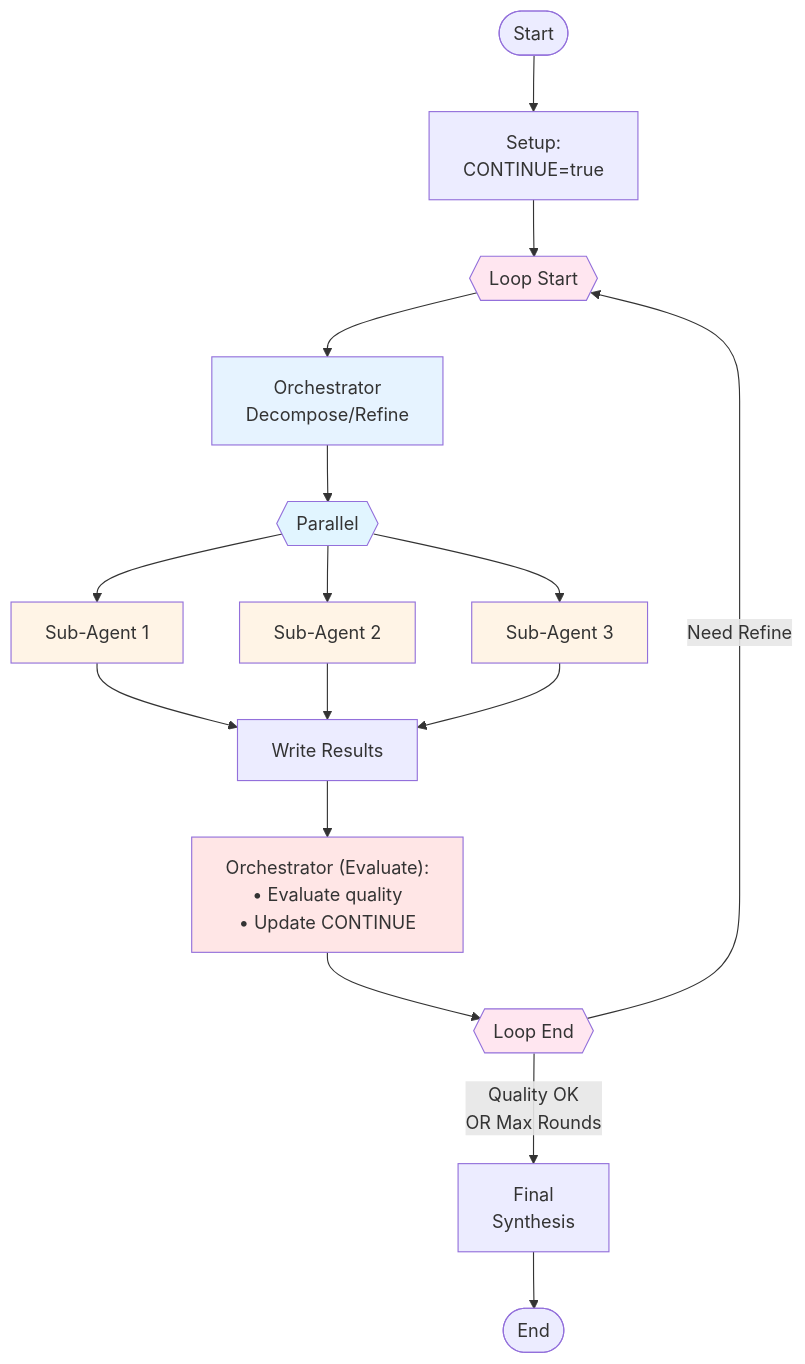
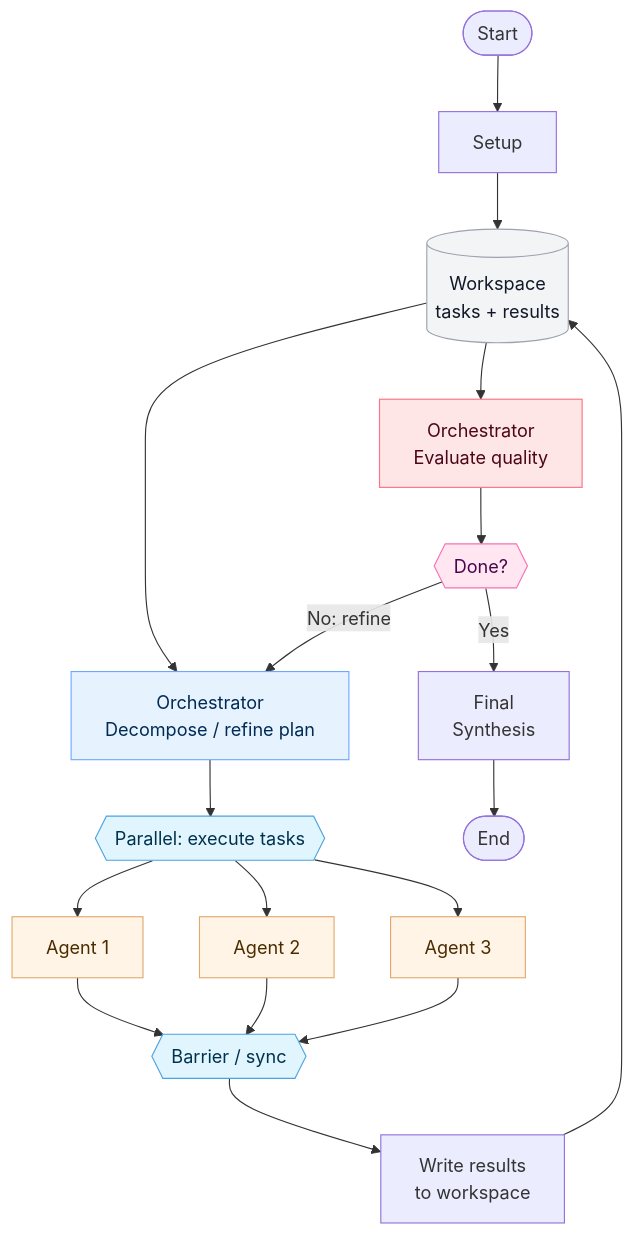
One commit to AntigmaLabs/ante-preview changed the third of 4 diagrams in docs/agent-org.mdx. Above: the diagram before and after it, drawn with Mermaid. The commit also changed other lines of this file and 3 other files, not shown here.

````diff
--- a/docs/agent-org.mdx
+++ b/docs/agent-org.mdx
@@ -81,36 +82,38 @@
 ```mermaid
 flowchart TB
-    Start([Start]) --> Setup[Setup:<br/>CONTINUE=true]
+  classDef control fill:#e1f5ff,stroke:#4aa3df,color:#00324d;
+  classDef agent fill:#fff4e6,stroke:#e0a96d,color:#4a2c00;
+  classDef orch fill:#e6f3ff,stroke:#6ea8fe,color:#002b55;
+  classDef eval fill:#ffe6e6,stroke:#fb7185,color:#4c0519;
+  classDef state fill:#f3f4f6,stroke:#9ca3af,color:#111827;
+  classDef decision fill:#ffe6f0,stroke:#f472b6,color:#4a044e;
 
-    Setup --> LS{{"Loop Start"}}
+  Start([Start]) --> Setup[Setup]
+  Setup --> Workspace[(Workspace<br/>tasks + results)]
 
-    LS --> Orch1["Orchestrator<br/>Decompose/Refine"]
+  Workspace --> Orch[Orchestrator<br/>Decompose / refine plan]
+  Orch --> Fanout{{Parallel: execute tasks}}
+  Fanout --> A1[Agent 1]
+  Fanout --> A2[Agent 2]
+  Fanout --> A3[Agent 3]
 
-    Orch1 --> Par{{"Parallel"}}
+  A1 --> Barrier{{Barrier / sync}}
+  A2 --> Barrier
+  A3 --> Barrier
 
-    Par --> S1[Sub-Agent 1]
-    Par --> S2[Sub-Agent 2]
-    Par --> S3[Sub-Agent 3]
+  Barrier --> Write[Write results<br/>to workspace]
+  Write --> Workspace
 
-    S1 --> W[Write Results]
-    S2 --> W
-    S3 --> W
+  Workspace --> OrchEval[Orchestrator<br/>Evaluate quality]
+  OrchEval --> Stop{{Done?}}
+  Stop -->|No: refine| Orch
+  Stop -->|Yes| Final[Final<br/>Synthesis]
+  Final --> End([End])
 
-    W --> OrchEval["Orchestrator (Evaluate):<br/>• Evaluate quality<br/>• Update CONTINUE"]
-
-    OrchEval --> LE{{"Loop End"}}
-
-    LE -->|Quality OK<br/>OR Max Rounds| Final[Final<br/>Synthesis]
-    LE -->|Need Refine| LS
-
-    Final --> End([End])
-
-    style Par fill:#e1f5ff
-    style S1 fill:#fff4e6
-    style S2 fill:#fff4e6
-    style S3 fill:#fff4e6
-    style Orch1 fill:#e6f3ff
-    style OrchEval fill:#ffe6e6
-    style LS fill:#ffe6f0
-    style LE fill:#ffe6f0
+  class Fanout,Barrier control;
+  class A1,A2,A3 agent;
+  class Orch orch;
+  class OrchEval eval;
+  class Workspace state;
+  class Stop decision;
 ```
````
